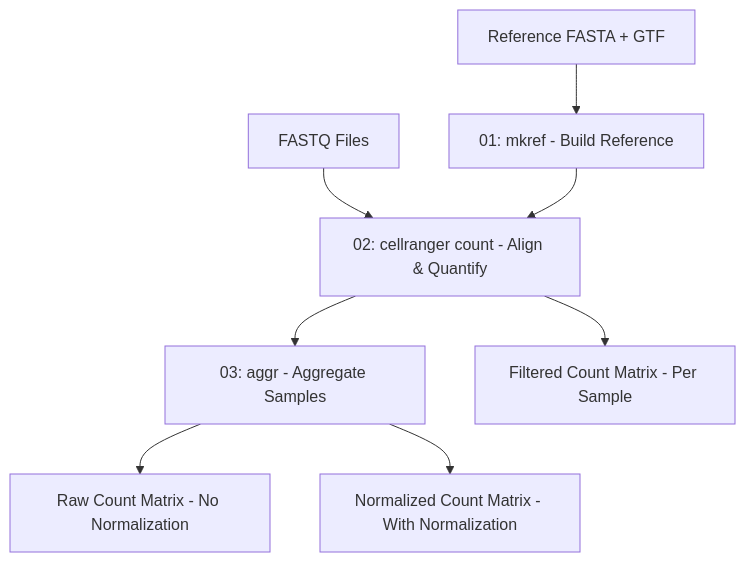
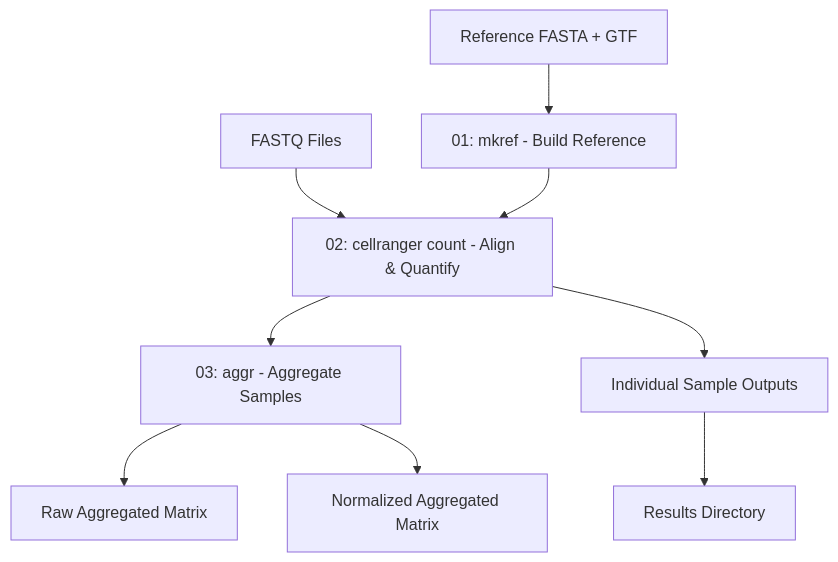
The diagram in scripts/cellranger/README.md (ehda-dolatabadi/BINF7700_Capstone), drawn with Mermaid before and after one commit. The commit also changed other lines of this file and 31 other files, not shown here.

````diff
--- a/scripts/cellranger/README.md
+++ b/scripts/cellranger/README.md
@@ -119,10 +202,11 @@
 ```mermaid
 graph TD
     A[Reference FASTA + GTF] --> B[01: mkref - Build Reference]
     C[FASTQ Files] --> D[02: cellranger count - Align & Quantify]
     B --> D
     D --> E[03: aggr - Aggregate Samples]
-    D --> I[Filtered Count Matrix - Per Sample]
-    E --> G[Raw Count Matrix - No Normalization]
-    E --> H[Normalized Count Matrix - With Normalization]
+    D --> F[Individual Sample Outputs]
+    E --> G[Raw Aggregated Matrix]
+    E --> H[Normalized Aggregated Matrix]
+    F --> I[Results Directory]
 ```
````
